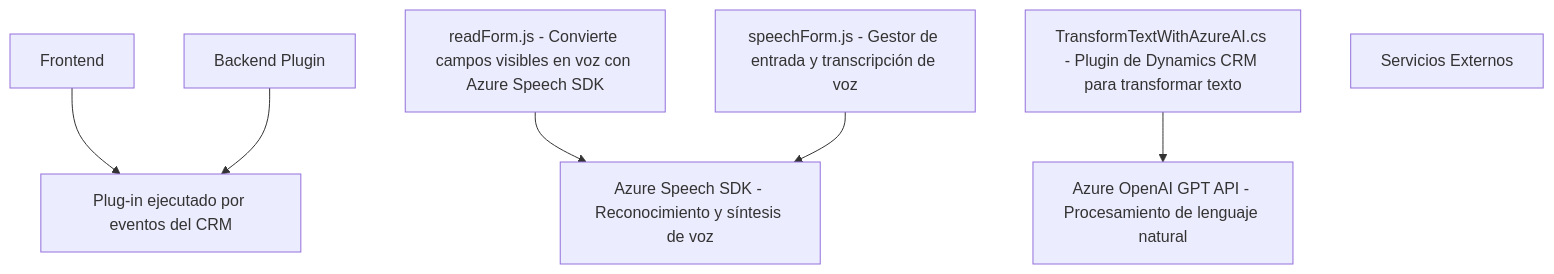
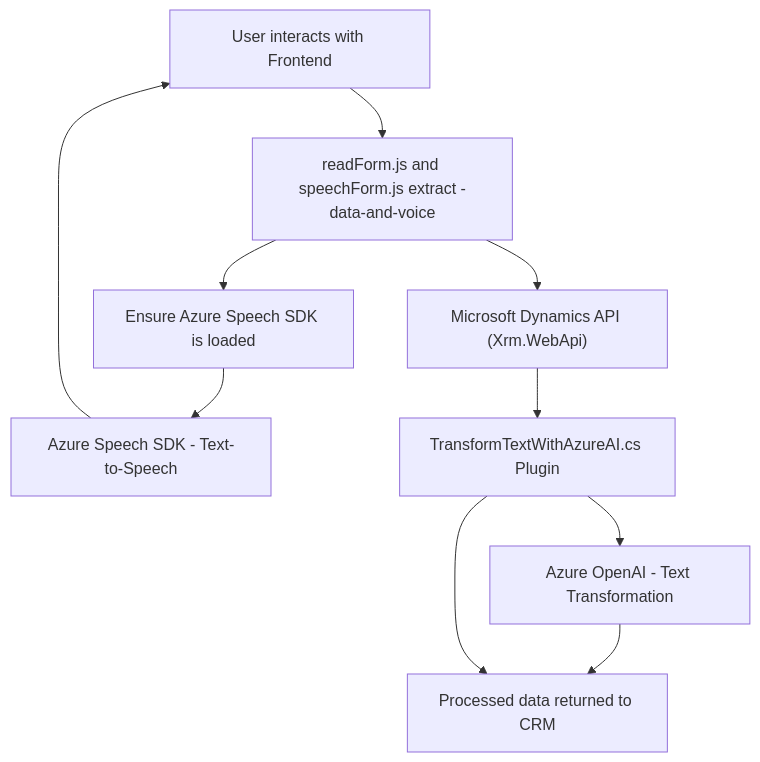
The diagram in README.md (blopezdm/NETCORE_BILBAO2025), drawn with Mermaid before and after one commit. The commit also changed other lines of this file, not shown here.

Commit message:
Actualizar análisis global de la solución con IA

````diff
--- a/README.md
+++ b/README.md
@@ -51,17 +55,21 @@
 ```mermaid
 graph TD
-    A["Frontend"]
-    A1["readForm.js - Convierte campos visibles en voz con Azure Speech SDK"]
-    A2["speechForm.js - Gestor de entrada y transcripción de voz"]
-    B["Backend Plugin"]
-    B1["TransformTextWithAzureAI.cs - Plugin de Dynamics CRM para transformar texto"]
-    C["Servicios Externos"]
-    C1["Azure Speech SDK - Reconocimiento y síntesis de voz"]
-    C2["Azure OpenAI GPT API - Procesamiento de lenguaje natural"]
-    D["CRM Dynamics"]
-    A --> D["Integración de contexto de formularios"]
-    B --> D["Plug-in ejecutado por eventos del CRM"]
-    A1 --> C1
-    A2 --> C1
-    B1 --> C2
+    A["User interacts with Frontend"]
+    B["readForm.js and speechForm.js extract -data-and-voice"]
+    C["Ensure Azure Speech SDK is loaded"]
+    D["Azure Speech SDK - Text-to-Speech"]
+    E["Microsoft Dynamics API (Xrm.WebApi)"]
+    F["TransformTextWithAzureAI.cs Plugin"]
+    G["Azure OpenAI - Text Transformation"]
+    H["Processed data returned to CRM"]
+    
+    A --> B
+    B --> C
+    C --> D
+    B --> E
+    E --> F
+    F --> G
+    G --> H
+    F --> H
+    D --> A
 ```
````
